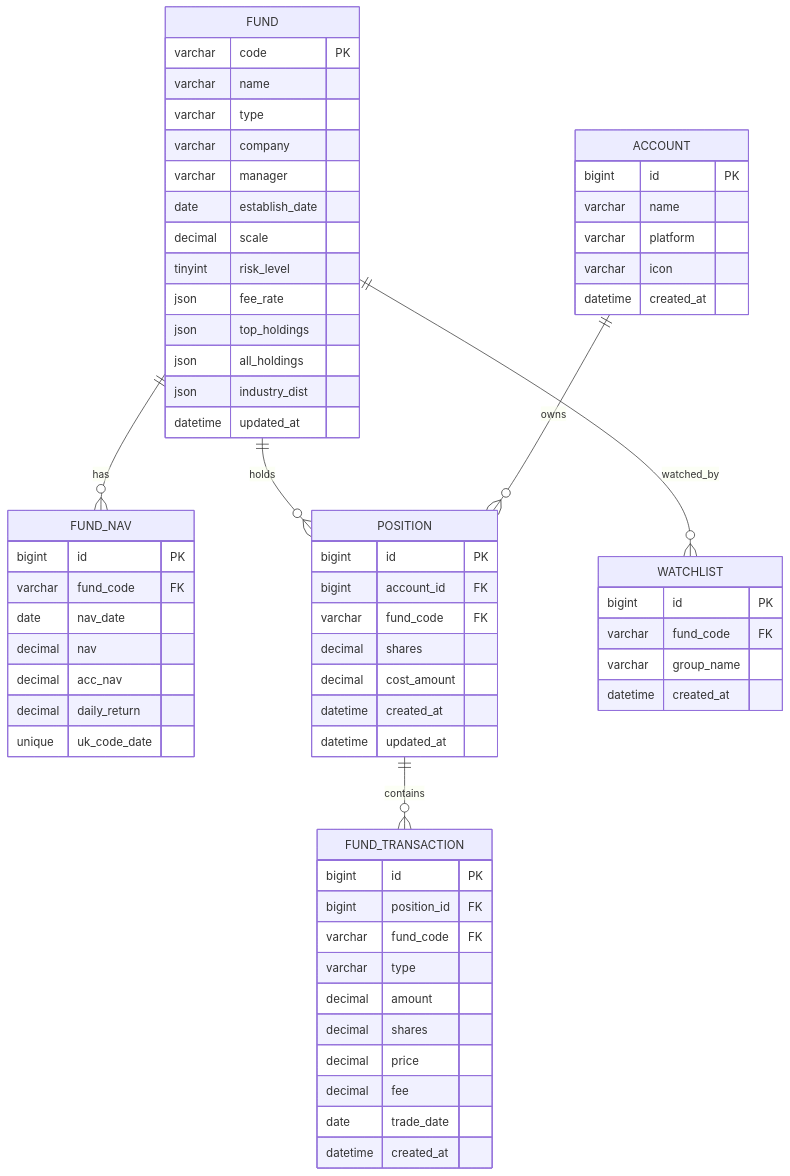
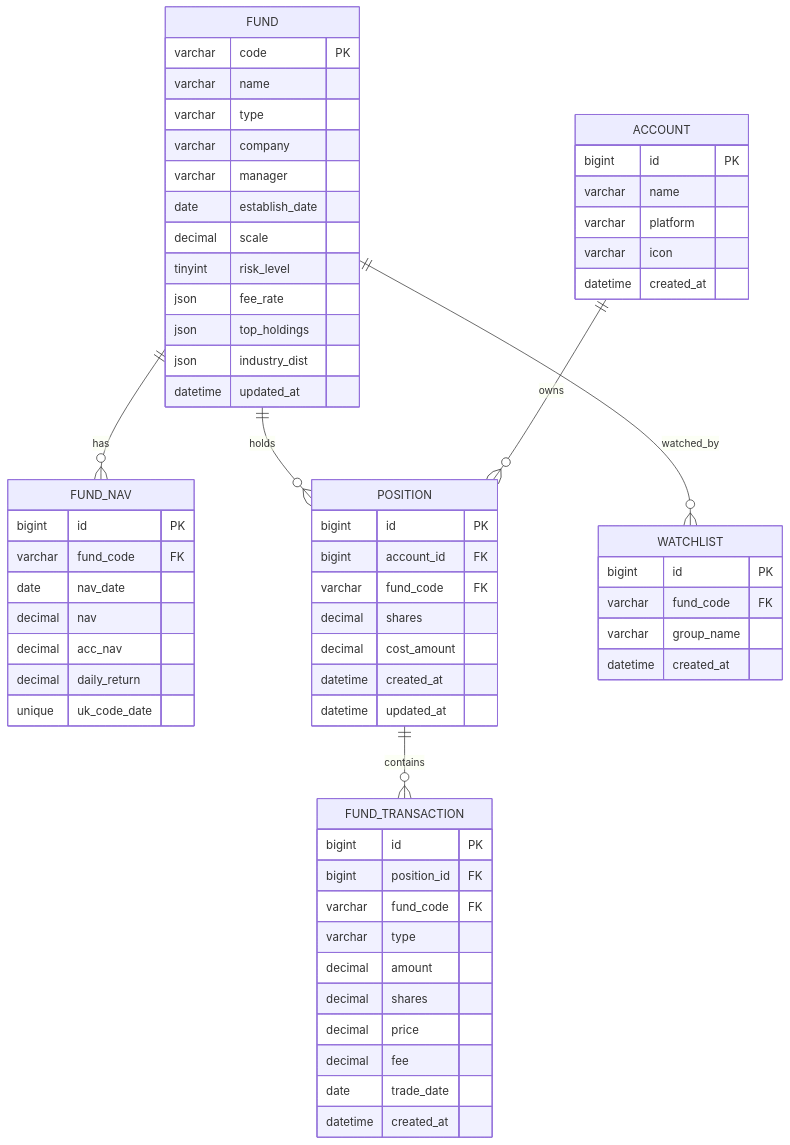
The fourth of 9 diagrams in .qoder/repowiki/zh/content/核心功能开发/数据库集成.md (gree-coder/fund-butler), drawn with Mermaid before and after one commit. The commit also changed other lines of this file and 21 other files, not shown here.

````diff
--- a/.qoder/repowiki/zh/content/核心功能开发/数据库集成.md
+++ b/.qoder/repowiki/zh/content/核心功能开发/数据库集成.md
@@ -199,66 +170,65 @@
 ```mermaid
 erDiagram
 FUND {
 varchar code PK
 varchar name
 varchar type
 varchar company
 varchar manager
 date establish_date
 decimal scale
 tinyint risk_level
 json fee_rate
 json top_holdings
-json all_holdings
 json industry_dist
 datetime updated_at
 }
 FUND_NAV {
 bigint id PK
 varchar fund_code FK
 date nav_date
 decimal nav
 decimal acc_nav
 decimal daily_return
 unique uk_code_date
 }
 ACCOUNT {
 bigint id PK
 varchar name
 varchar platform
 varchar icon
 datetime created_at
 }
 POSITION {
 bigint id PK
 bigint account_id FK
 varchar fund_code FK
 decimal shares
 decimal cost_amount
 datetime created_at
 datetime updated_at
 }
 FUND_TRANSACTION {
 bigint id PK
 bigint position_id FK
 varchar fund_code FK
 varchar type
 decimal amount
 decimal shares
 decimal price
 decimal fee
 date trade_date
 datetime created_at
 }
 WATCHLIST {
 bigint id PK
 varchar fund_code FK
 varchar group_name
 datetime created_at
 }
 FUND ||--o{ FUND_NAV : has
 FUND ||--o{ POSITION : holds
 ACCOUNT ||--o{ POSITION : owns
 POSITION ||--o{ FUND_TRANSACTION : contains
 FUND ||--o{ WATCHLIST : watched_by
 ```
````
